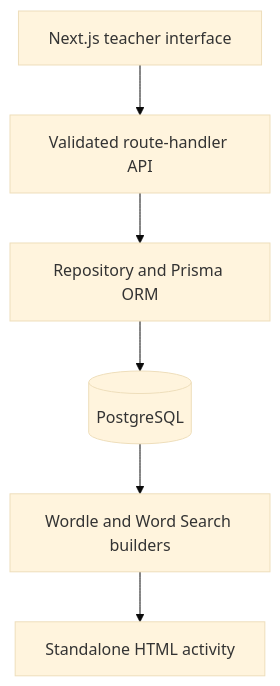
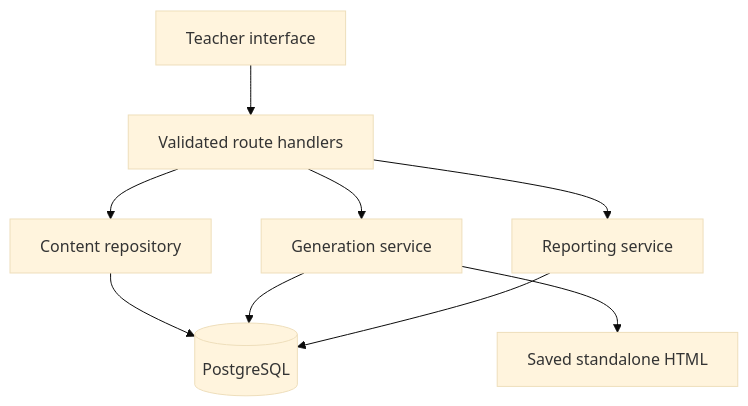
Before and after one commit to AnisaAhmovic/phoneme-activity-builder: the diagram in README.md, drawn with Mermaid (base theme). The commit also changed other lines of this file and 3 other files, not shown here.

````diff
--- a/README.md
+++ b/README.md
@@ -81,8 +81,11 @@
 ```mermaid
 flowchart TD
-    UI["Next.js teacher interface"] --> API["Validated route-handler API"]
-    API --> REPO["Repository and Prisma ORM"]
-    REPO --> DB[("PostgreSQL")]
-    DB --> BUILDERS["Wordle and Word Search builders"]
-    BUILDERS --> HTML["Standalone HTML activity"]
+    UI["Teacher interface"] --> API["Validated route handlers"]
+    API --> CRUD["Content repository"]
+    API --> GEN["Generation service"]
+    API --> REPORT["Reporting service"]
+    CRUD --> DB[("PostgreSQL")]
+    GEN --> DB
+    REPORT --> DB
+    GEN --> HTML["Saved standalone HTML"]
 ```
````
